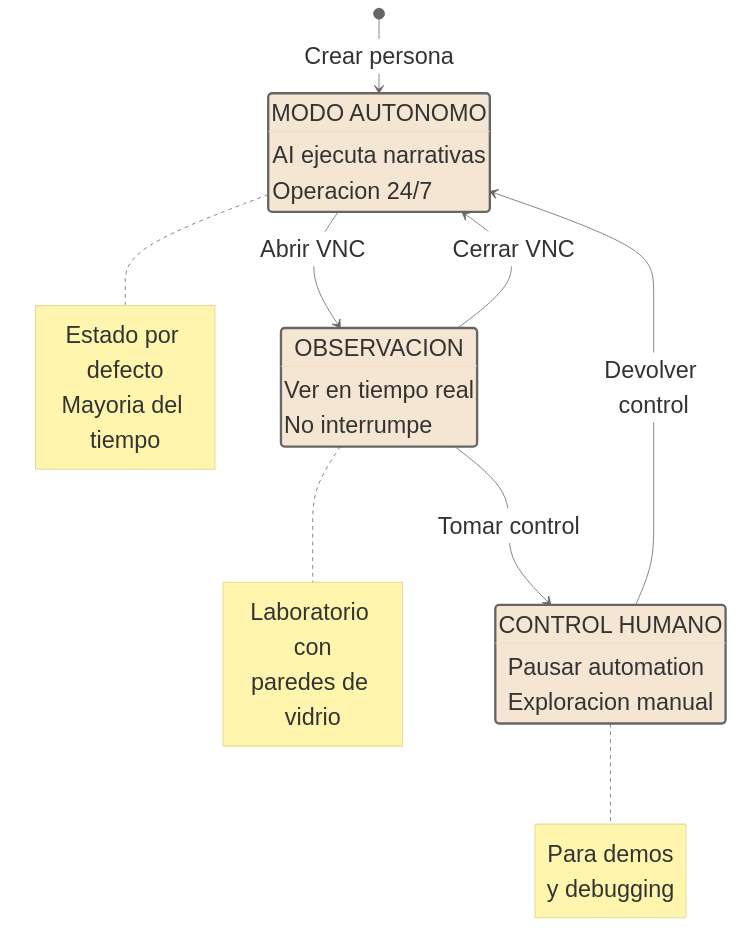
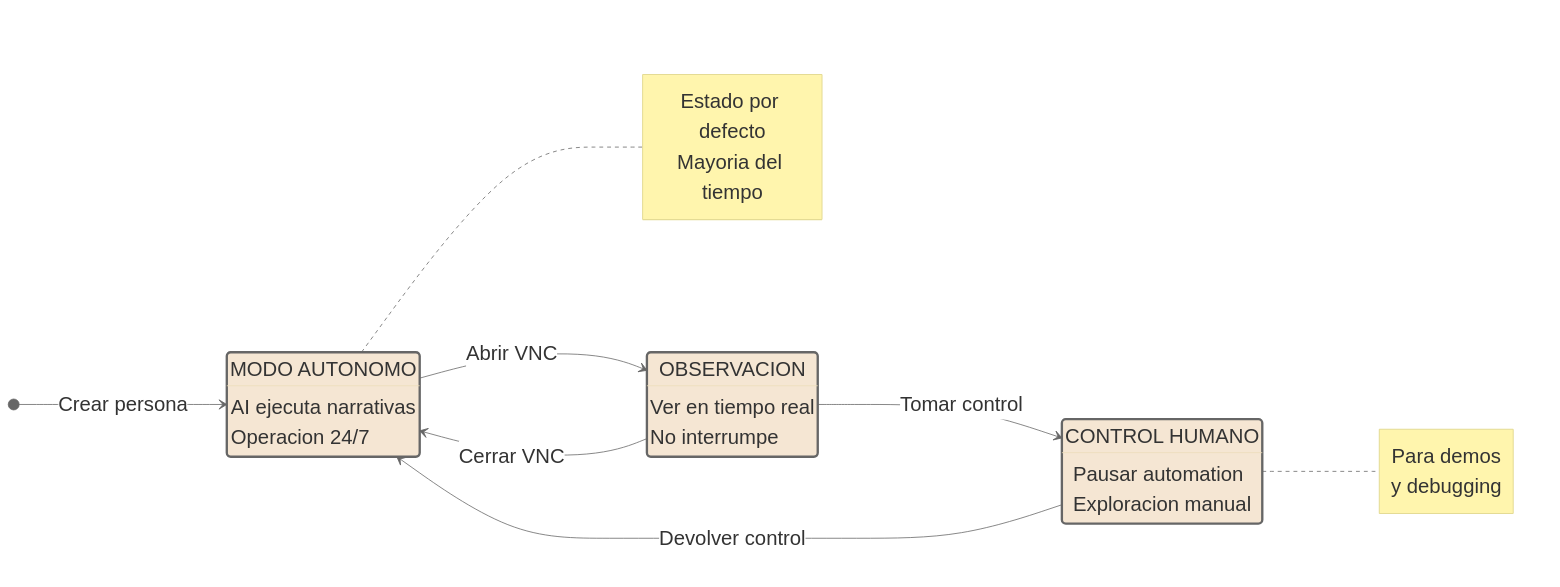
Before and after one commit to SeenkaMedia/persona: the diagram in docs/presentation/visuals/04_vnc_control.mmd, drawn with Mermaid. The commit also changed 6 other files, not shown here.

```diff
--- a/docs/presentation/visuals/04_vnc_control.mmd
+++ b/docs/presentation/visuals/04_vnc_control.mmd
@@ -1,42 +1,39 @@
-%%{init: {'theme':'base', 'themeVariables': { 'fontSize':'30px', 'fontFamily':'Lato, sans-serif', 'lineColor':'#666666', 'edgeLabelBackground':'#ffffff', 'clusterBkg':'#E8EAED', 'defaultLinkColor':'#666666'}, 'flowchart': {'curve': 'basis'}, 'stateDiagram': {'lineWidth': 5}}}%%
+%%{init: {'theme':'base', 'themeVariables': { 'fontSize':'26px', 'fontFamily':'Lato, sans-serif', 'lineColor':'#666666', 'edgeLabelBackground':'#ffffff', 'clusterBkg':'#E8EAED', 'defaultLinkColor':'#666666'}, 'flowchart': {'curve': 'basis', 'nodeSpacing': 150, 'rankSpacing': 100}, 'stateDiagram': {'lineWidth': 5}}}%%
 
 stateDiagram-v2
+    direction LR
     [*] --> Autonomous: Crear persona
 
     Autonomous: MODO AUTONOMO
     Autonomous: AI ejecuta narrativas
     Autonomous: Operacion 24/7
 
     Autonomous --> Observing: Abrir VNC
 
     Observing: OBSERVACION
     Observing: Ver en tiempo real
     Observing: No interrumpe
 
     Observing --> Autonomous: Cerrar VNC
     Observing --> Controlling: Tomar control
 
     Controlling: CONTROL HUMANO
     Controlling: Pausar automation
     Controlling: Exploracion manual
 
     Controlling --> Autonomous: Devolver control
 
     note right of Autonomous
         Estado por defecto
         Mayoria del tiempo
     end note
 
-    note right of Observing
-        Laboratorio con
-        paredes de vidrio
-    end note
 
     note right of Controlling
         Para demos
         y debugging
     end note
 
     style Autonomous fill:#F5E6D3,stroke:#666666,stroke-width:3px
     style Observing fill:#F5E6D3,stroke:#666666,stroke-width:3px
     style Controlling fill:#F5E6D3,stroke:#666666,stroke-width:3px
```
